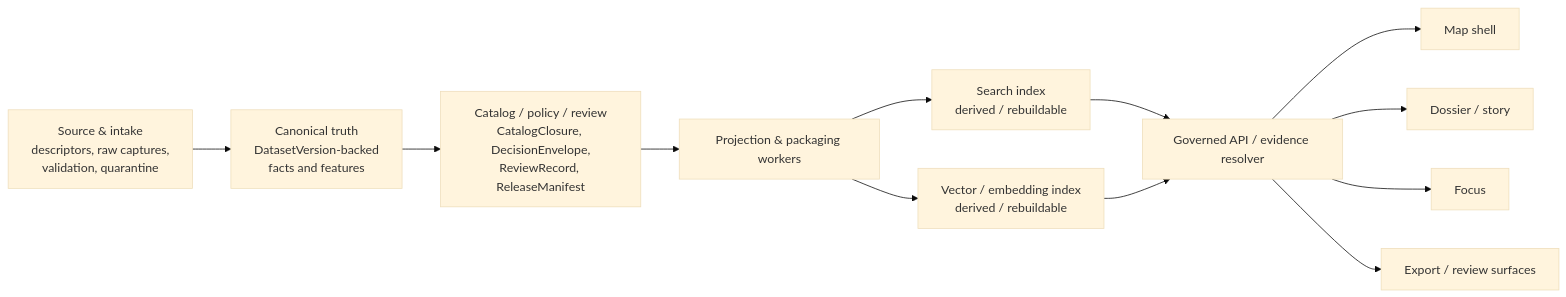
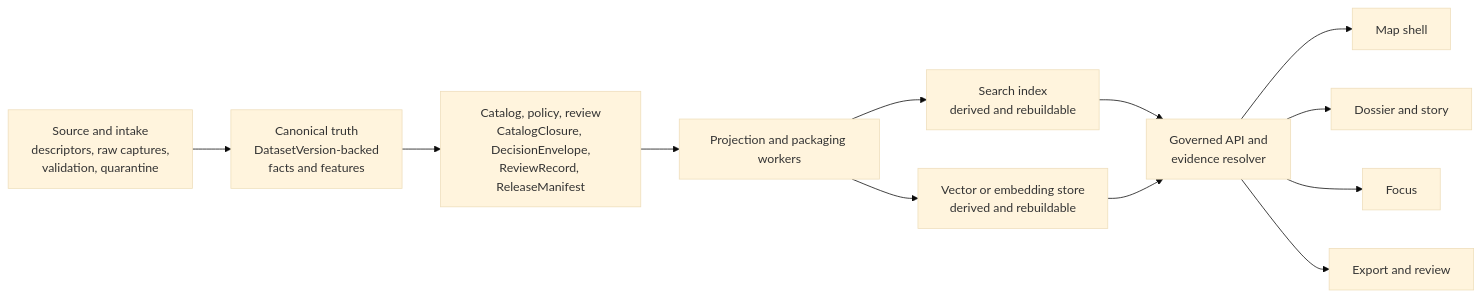
The first of 2 diagrams in docs/search/index-architecture.md (bartytime4life/Kansas-Frontier-Matrix), drawn with Mermaid (base theme) before and after one commit. The commit also changed other lines of this file, not shown here.

````diff
--- a/docs/search/index-architecture.md
+++ b/docs/search/index-architecture.md
@@ -88,14 +133,14 @@
 ```mermaid
 flowchart LR
-    A[Source & intake<br/>descriptors, raw captures,<br/>validation, quarantine] --> B[Canonical truth<br/>DatasetVersion-backed<br/>facts and features]
-    B --> C[Catalog / policy / review<br/>CatalogClosure, DecisionEnvelope,<br/>ReviewRecord, ReleaseManifest]
-    C --> D[Projection & packaging workers]
-    D --> E[Search index<br/>derived / rebuildable]
-    D --> F[Vector / embedding index<br/>derived / rebuildable]
-    E --> G[Governed API / evidence resolver]
+    A[Source and intake<br/>descriptors, raw captures,<br/>validation, quarantine] --> B[Canonical truth<br/>DatasetVersion-backed<br/>facts and features]
+    B --> C[Catalog, policy, review<br/>CatalogClosure, DecisionEnvelope,<br/>ReviewRecord, ReleaseManifest]
+    C --> D[Projection and packaging workers]
+    D --> E[Search index<br/>derived and rebuildable]
+    D --> F[Vector or embedding store<br/>derived and rebuildable]
+    E --> G[Governed API and<br/>evidence resolver]
     F --> G
     G --> H[Map shell]
-    G --> I[Dossier / story]
+    G --> I[Dossier and story]
     G --> J[Focus]
-    G --> K[Export / review surfaces]
+    G --> K[Export and review]
 ```
````
